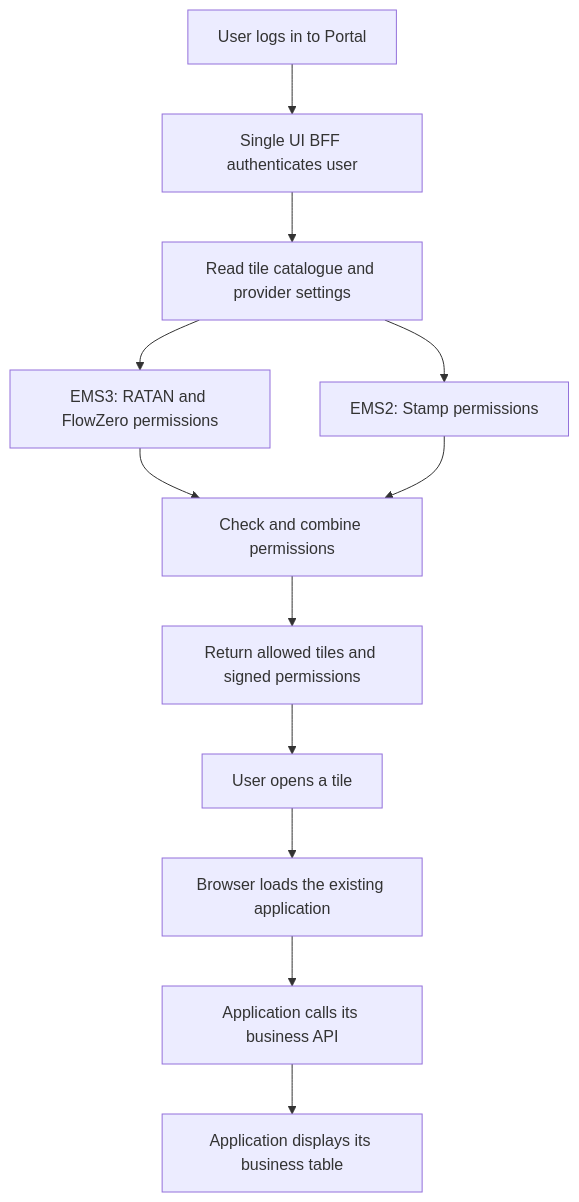
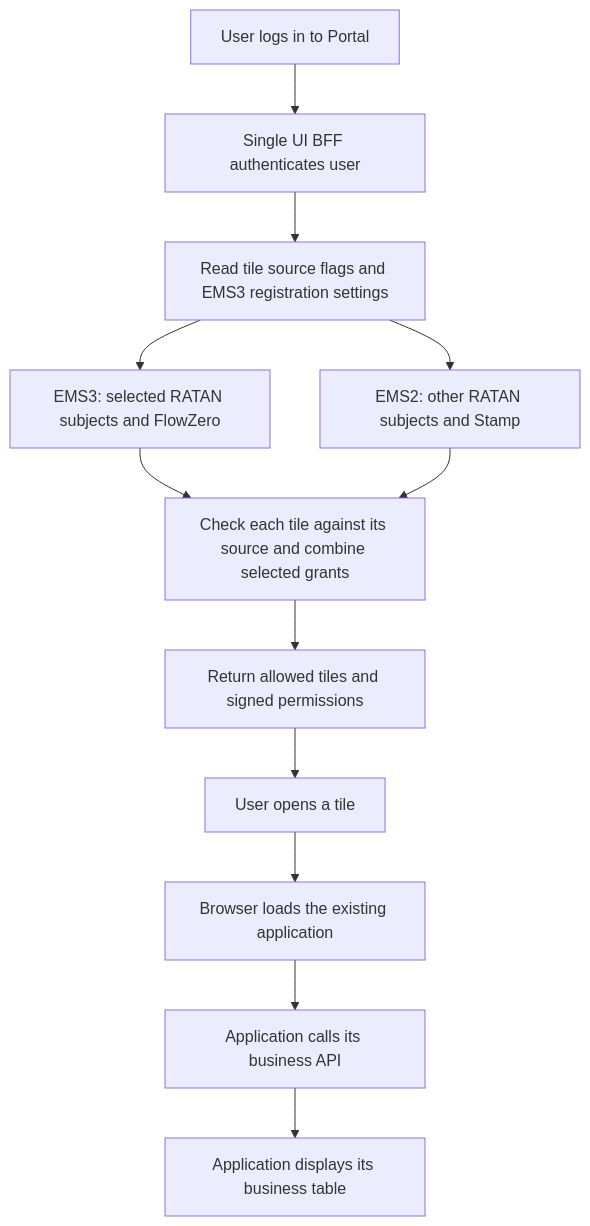
Before and after one commit to lushevol/fdc3-broker-next: the first of 2 diagrams in services/single-ui-bff-ems3/docs/ems3-three-application-report.md, drawn with Mermaid. The commit also changed other lines of this file and 2 other files, not shown here.

Commit message:
docs: revise EMS3 report for tile source flags and partial RATAN migration

````diff
--- a/services/single-ui-bff-ems3/docs/ems3-three-application-report.md
+++ b/services/single-ui-bff-ems3/docs/ems3-three-application-report.md
@@ -29,14 +32,14 @@
 ```mermaid
 flowchart TD
     Browser[User logs in to Portal] --> BFF[Single UI BFF authenticates user]
-    BFF --> DB[Read tile catalogue and provider settings]
-    DB --> E3[EMS3: RATAN and FlowZero permissions]
-    DB --> E2[EMS2: Stamp permissions]
-    E3 --> Combine[Check and combine permissions]
+    BFF --> DB[Read tile source flags and EMS3 registration settings]
+    DB --> E3[EMS3: selected RATAN subjects and FlowZero]
+    DB --> E2[EMS2: other RATAN subjects and Stamp]
+    E3 --> Combine[Check each tile against its source and combine selected grants]
     E2 --> Combine
     Combine --> Menu[Return allowed tiles and signed permissions]
     Menu --> Click[User opens a tile]
     Click --> App[Browser loads the existing application]
     App --> Data[Application calls its business API]
     Data --> Table[Application displays its business table]
 ```
````
